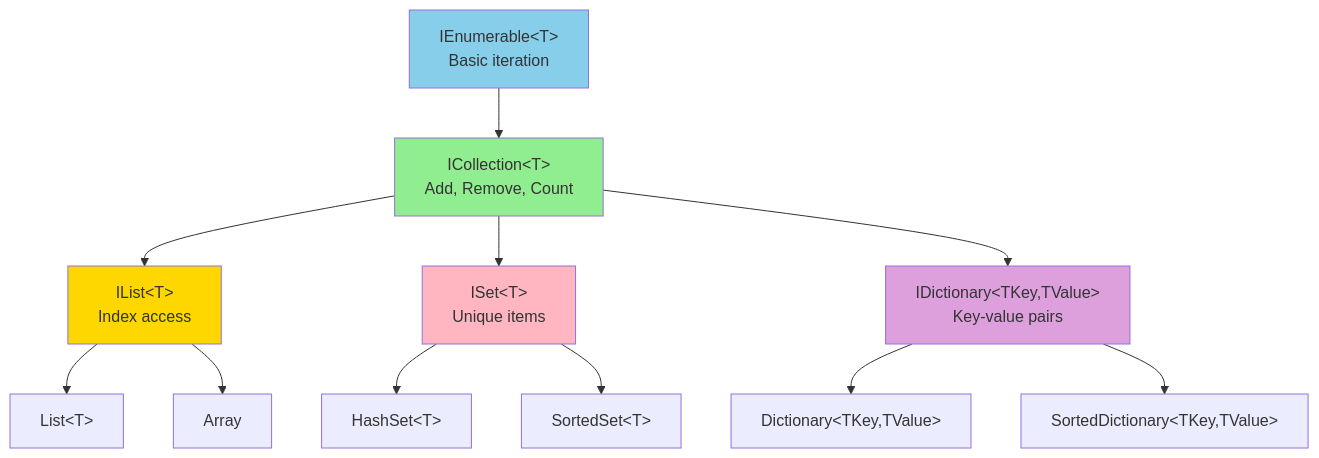
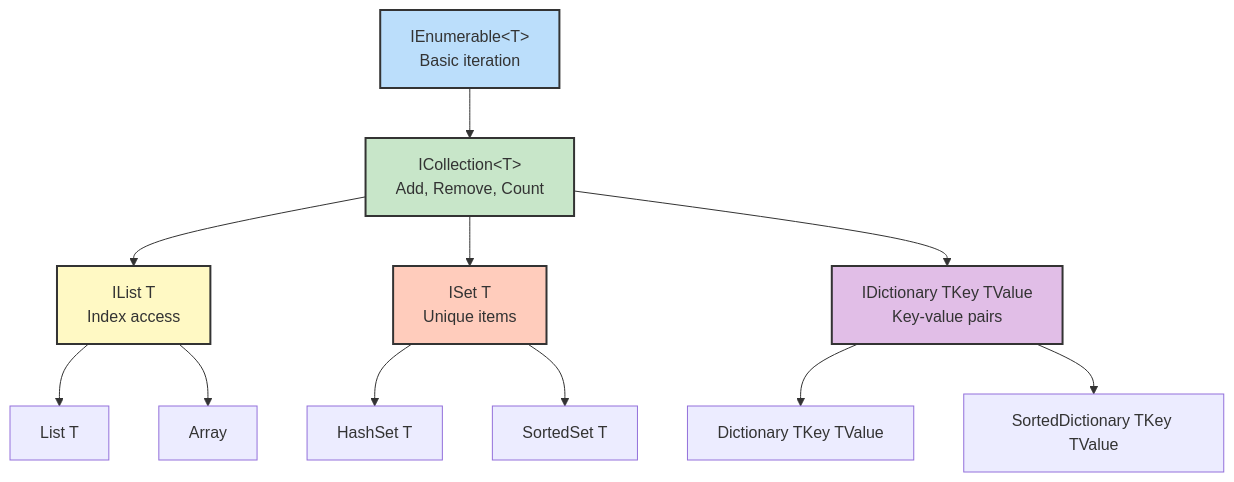
Before and after one commit to NguyenPhamCode4You/ai-home-lab-docker-compose: the first of 4 diagrams in C# fundamentals/day07-collections.md, drawn with Mermaid. The commit also changed other lines of this file and 10 other files, not shown here.

````diff
--- a/C# fundamentals/day07-collections.md
+++ b/C# fundamentals/day07-collections.md
@@ -17,22 +17,22 @@
 ```mermaid
 graph TB
     A[IEnumerable&lt;T&gt;<br/>Basic iteration] --> B[ICollection&lt;T&gt;<br/>Add, Remove, Count]
-    B --> C[IList&lt;T&gt;<br/>Index access]
-    B --> D[ISet&lt;T&gt;<br/>Unique items]
-    B --> E[IDictionary&lt;TKey,TValue&gt;<br/>Key-value pairs]
+    B --> C[IList T<br/>Index access]
+    B --> D[ISet T<br/>Unique items]
+    B --> E[IDictionary TKey TValue<br/>Key-value pairs]
 
-    C --> C1[List&lt;T&gt;]
+    C --> C1[List T]
     C --> C2[Array]
 
-    D --> D1[HashSet&lt;T&gt;]
-    D --> D2[SortedSet&lt;T&gt;]
+    D --> D1[HashSet T]
+    D --> D2[SortedSet T]
 
-    E --> E1[Dictionary&lt;TKey,TValue&gt;]
-    E --> E2[SortedDictionary&lt;TKey,TValue&gt;]
+    E --> E1[Dictionary TKey TValue]
+    E --> E2[SortedDictionary TKey TValue]
 
-    style A fill:#87CEEB
-    style B fill:#90EE90
-    style C fill:#FFD700
-    style D fill:#FFB6C1
-    style E fill:#DDA0DD
+    style A fill:#bbdefb,stroke:#333,stroke-width:2px
+    style B fill:#c8e6c9,stroke:#333,stroke-width:2px
+    style C fill:#fff9c4,stroke:#333,stroke-width:2px
+    style D fill:#ffccbc,stroke:#333,stroke-width:2px
+    style E fill:#e1bee7,stroke:#333,stroke-width:2px
 ```
````
